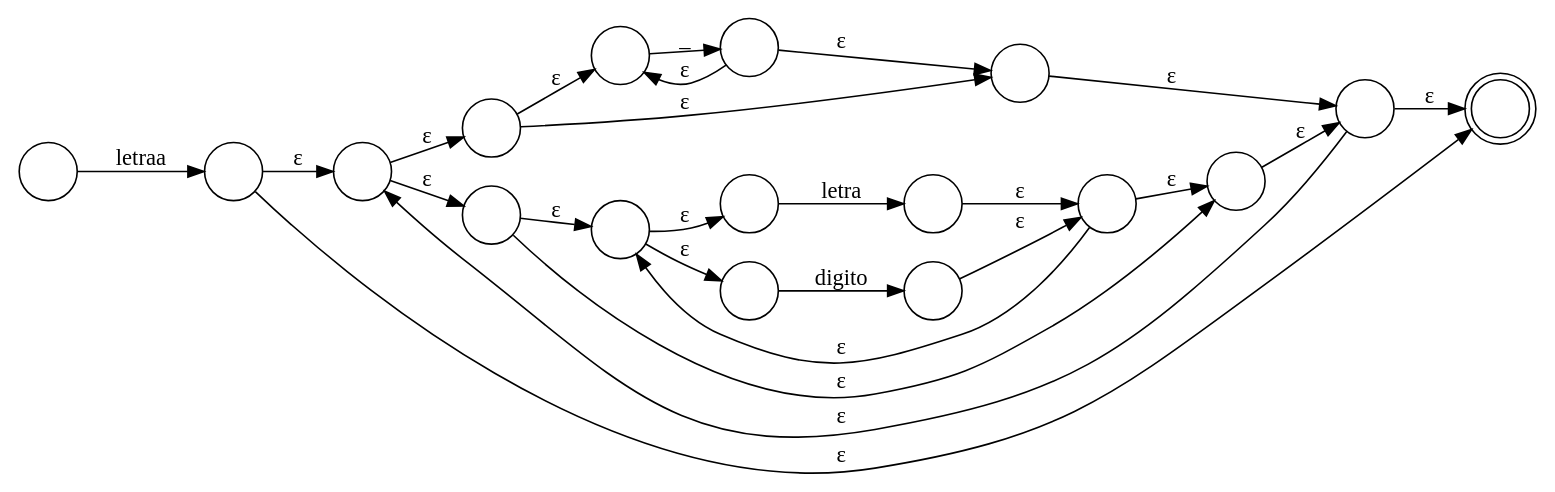
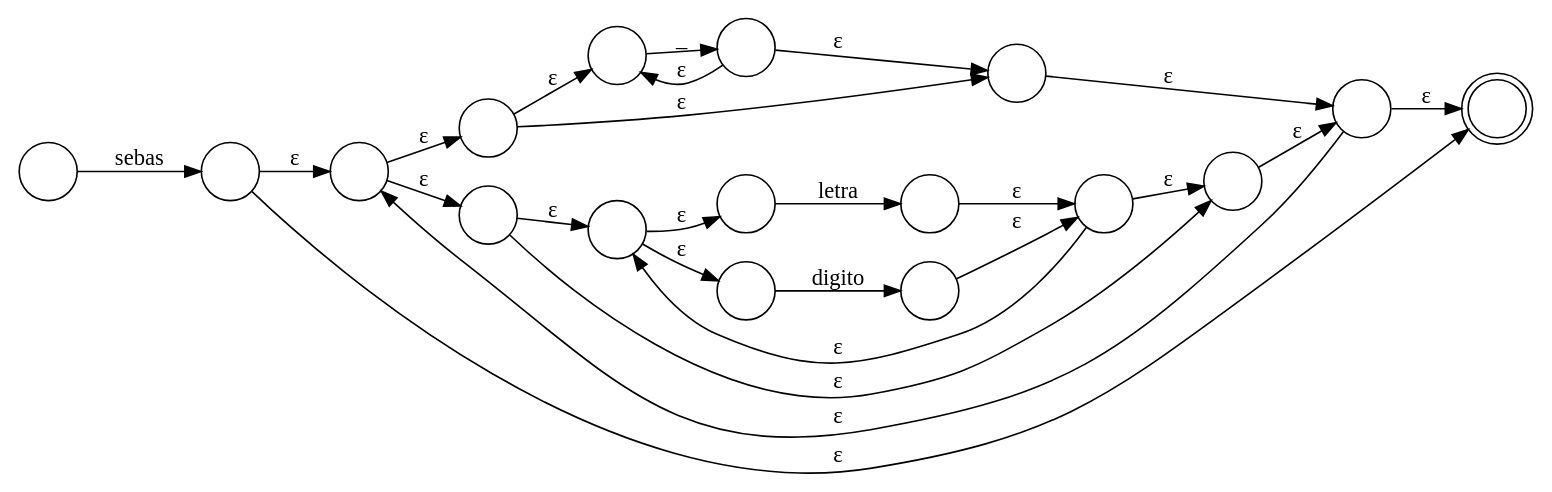
Before and after one commit to PiterAngel/-OLC1-Proyecto1_201902301: the diagram in [OLC1]Proyecto1_201902301/AFND_201902301/AFND1_1.dot, drawn with Graphviz. The commit also changed 42 other files, not shown here.

```diff
--- a/[OLC1]Proyecto1_201902301/AFND_201902301/AFND1_1.dot
+++ b/[OLC1]Proyecto1_201902301/AFND_201902301/AFND1_1.dot
@@ -1,48 +1,48 @@
 digraph AFD{
 
  rankdir=LR;
 node [shape = circle]
 nodeh1_0[label = ""] 
 nodeh1_1[label = ""] 
-nodeh1_0->nodeh1_1[label= "letraa"]; 
+nodeh1_0->nodeh1_1[label= "sebas"]; 
 nodeh2_0[label = ""] 
 nodeh2_1[label = ""] 
 nodeh2_0->nodeh2_1[label= "_"]; 
 nodo0100_0[label = ""] 
 nodo0100_1[label = ""] 
 nodo0100_0->nodeh2_0[label= "ε"]; 
 nodeh2_1->nodo0100_1[label= "ε"]; 
 nodeh2_1->nodeh2_0[label= "ε" , constraint=false]; 
 nodo0100_0->nodo0100_1[label= "ε" , constraint=false]; 
 nodeh3_0[label = ""] 
 nodeh3_1[label = ""] 
 nodeh3_0->nodeh3_1[label= "letra"]; 
 nodeh4_0[label = ""] 
 nodeh4_1[label = ""] 
 nodeh4_0->nodeh4_1[label= "digito"]; 
 nodo01010_0[label = ""] 
 nodo01010_1[label = ""] 
 nodo01010_0->nodeh3_0[label= "ε"]; 
 nodo01010_0->nodeh4_0[label= "ε"]; 
 nodeh3_1->nodo01010_1[label= "ε"]; 
 nodeh4_1->nodo01010_1[label= "ε"]; 
 nodo0101_0[label = ""] 
 nodo0101_1[label = ""] 
 nodo0101_0->nodo01010_0[label= "ε"]; 
 nodo01010_1->nodo0101_1[label= "ε"]; 
 nodo01010_1->nodo01010_0[label= "ε" , constraint=false]; 
 nodo0101_0->nodo0101_1[label= "ε" , constraint=false]; 
 nodo010_0[label = ""] 
 nodo010_1[label = ""] 
 nodo010_0->nodo0100_0[label= "ε"]; 
 nodo010_0->nodo0101_0[label= "ε"]; 
 nodo0100_1->nodo010_1[label= "ε"]; 
 nodo0101_1->nodo010_1[label= "ε"]; 
 nodeh1_1[label = ""] 
 nodo01_1[label = ""] 
 nodeh1_1->nodo010_0[label= "ε"]; 
 nodo010_1->nodo01_1[label= "ε"]; 
 nodo010_1->nodo010_0[label= "ε" , constraint=false]; 
 nodeh1_1->nodo01_1[label= "ε" , constraint=false]; 
 nodo01_1[label = "", shape=doublecircle ] 
 }
```
